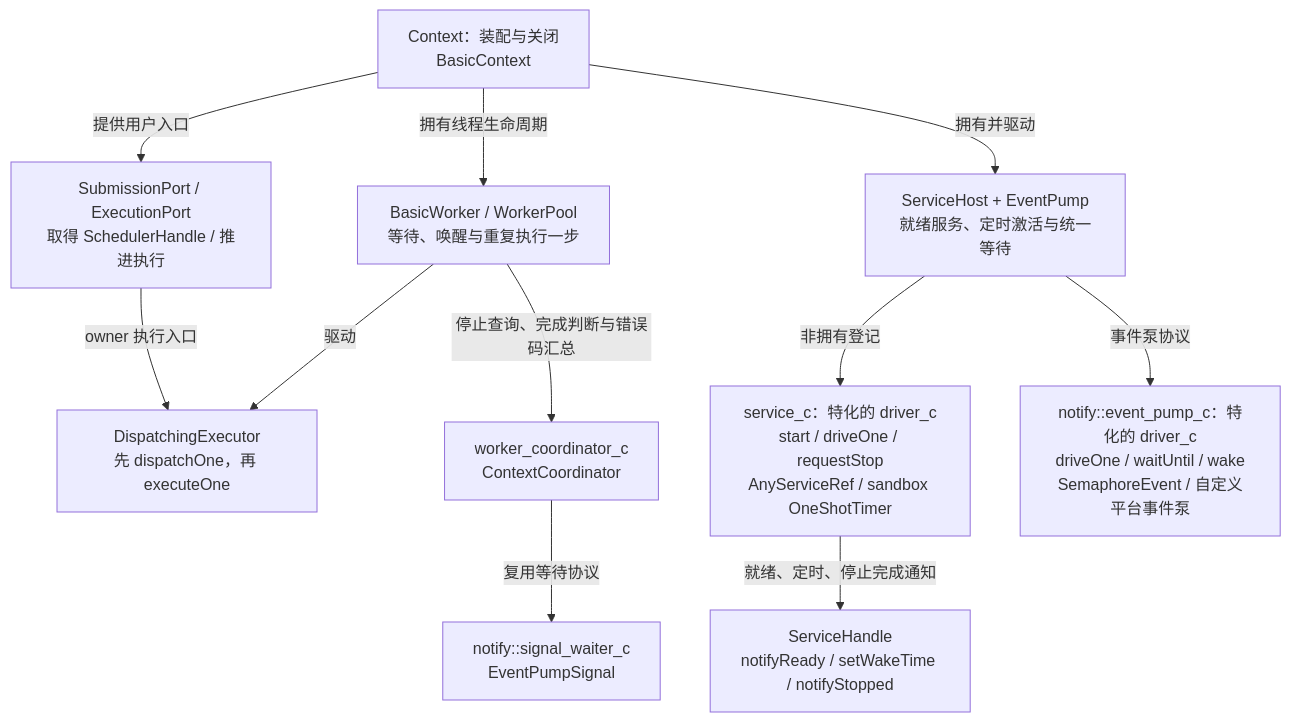
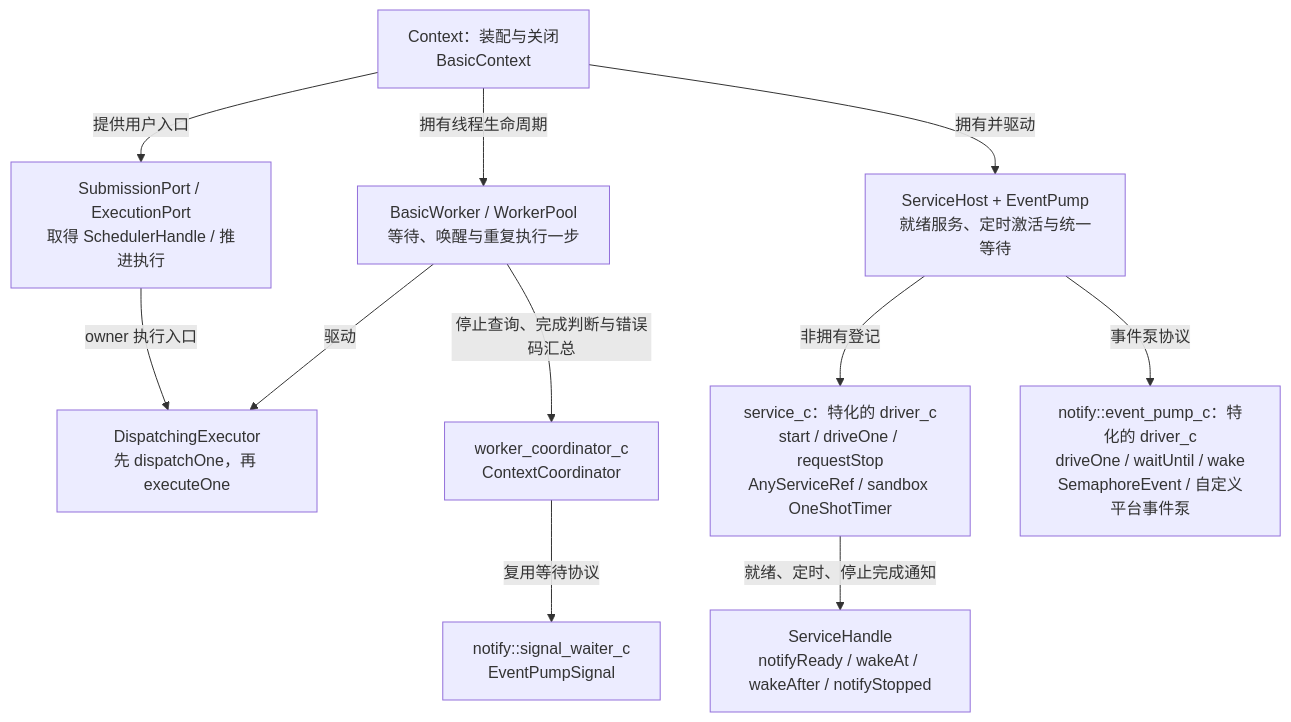
The third of 7 diagrams in docs/core-architecture/zh/core-architecture.md (mmmmmcree/async), drawn with Mermaid before and after one commit. The commit also changed other lines of this file and 9 other files, not shown here.

Commit message:
wakeAt and wakeAfter

````diff
--- a/docs/core-architecture/zh/core-architecture.md
+++ b/docs/core-architecture/zh/core-architecture.md
@@ -121,16 +121,16 @@
 ```mermaid
 flowchart TB
     %% id: runtime
     accTitle: 运行宿主与事件泵
     context["Context：装配与关闭<br/>BasicContext"]
     context -->|提供用户入口| ports["SubmissionPort / ExecutionPort<br/>取得 SchedulerHandle / 推进执行"]
     context -->|拥有线程生命周期| workers["BasicWorker / WorkerPool<br/>等待、唤醒与重复执行一步"]
     ports -->|owner 执行入口| executor["DispatchingExecutor<br/>先 dispatchOne，再 executeOne"]
     workers -->|驱动| executor
     workers -->|停止查询、完成判断与错误码汇总| coordinator["worker_coordinator_c<br/>ContextCoordinator"]
     coordinator -->|复用等待协议| waiter["notify::signal_waiter_c<br/>EventPumpSignal"]
     context -->|拥有并驱动| host["ServiceHost + EventPump<br/>就绪服务、定时激活与统一等待"]
     host -->|非拥有登记| service["service_c：特化的 driver_c<br/>start / driveOne / requestStop<br/>AnyServiceRef / sandbox OneShotTimer"]
     host -->|事件泵协议| pump["notify::event_pump_c：特化的 driver_c<br/>driveOne / waitUntil / wake<br/>SemaphoreEvent / 自定义平台事件泵"]
-    service -->|就绪、定时、停止完成通知| handle["ServiceHandle<br/>notifyReady / setWakeTime / notifyStopped"]
+    service -->|就绪、定时、停止完成通知| handle["ServiceHandle<br/>notifyReady / wakeAt / wakeAfter / notifyStopped"]
 ```
````
